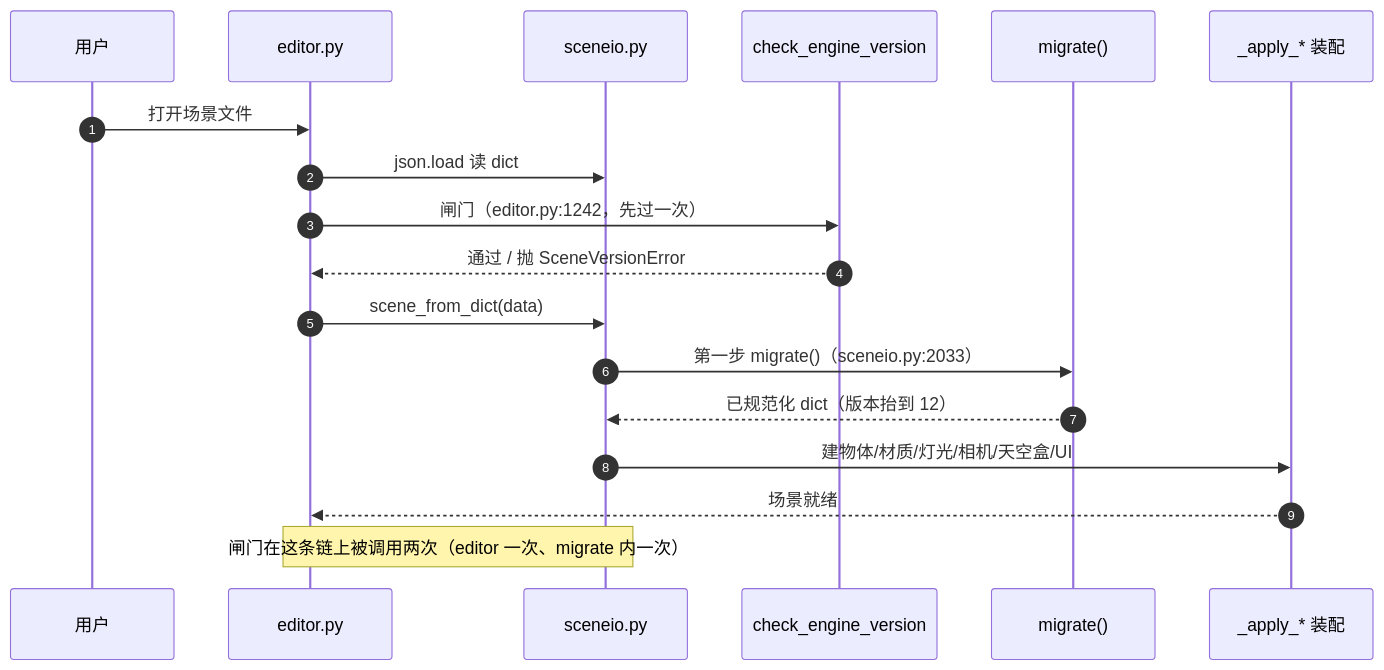
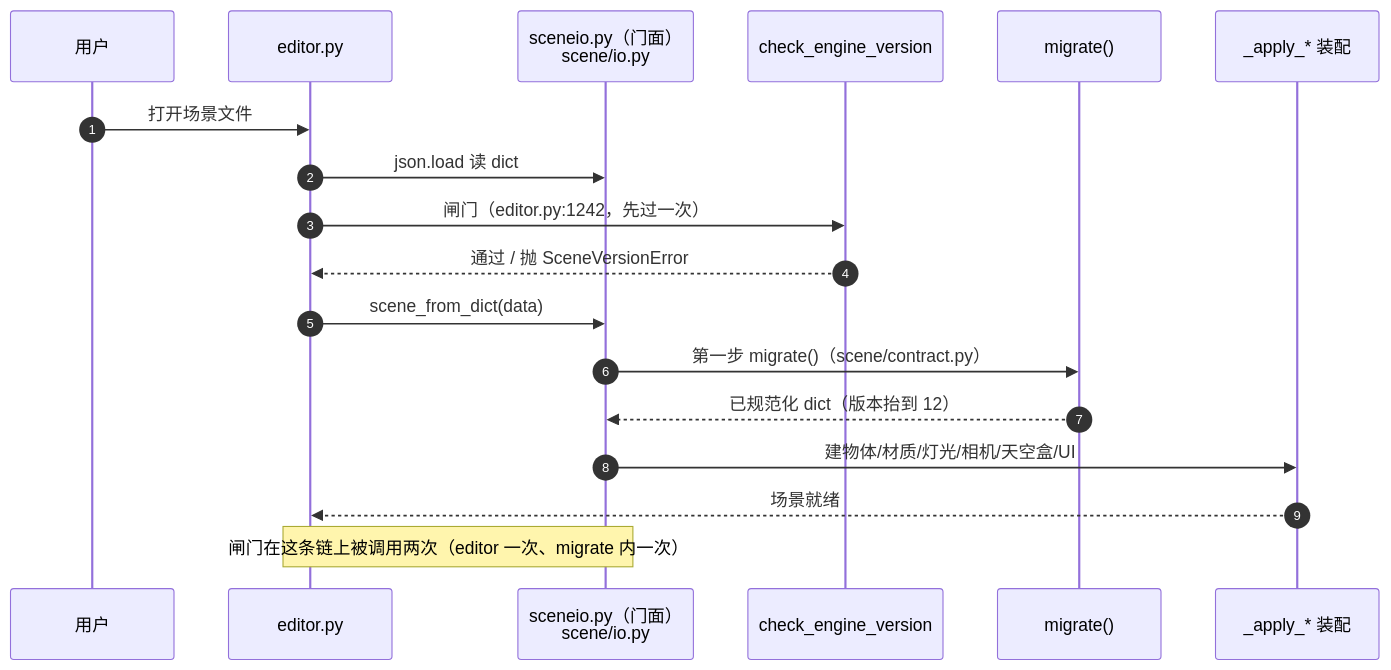
Before and after one commit to lhy302/WeaveEngine: diagram 12 of 23 in ARCHITECTURE.md, drawn with Mermaid. The commit also changed other lines of this file and 39 other files, not shown here.

````diff
--- a/ARCHITECTURE.md
+++ b/ARCHITECTURE.md
@@ -511,20 +511,20 @@
 ```mermaid
 sequenceDiagram
   autonumber
   participant U as 用户
   participant ED as editor.py
-  participant SIO as sceneio.py
+  participant SIO as sceneio.py（门面）<br/>scene/io.py
   participant GATE as check_engine_version
   participant MIG as migrate()
   participant AP as _apply_* 装配
   U->>ED: 打开场景文件
   ED->>SIO: json.load 读 dict
   ED->>GATE: 闸门（editor.py:1242，先过一次）
   GATE-->>ED: 通过 / 抛 SceneVersionError
   ED->>SIO: scene_from_dict(data)
-  SIO->>MIG: 第一步 migrate()（sceneio.py:2033）
+  SIO->>MIG: 第一步 migrate()（scene/contract.py）
   MIG-->>SIO: 已规范化 dict（版本抬到 12）
   SIO->>AP: 建物体/材质/灯光/相机/天空盒/UI
   AP-->>ED: 场景就绪
   Note over ED,SIO: 闸门在这条链上被调用两次（editor 一次、migrate 内一次）
 ```
````
